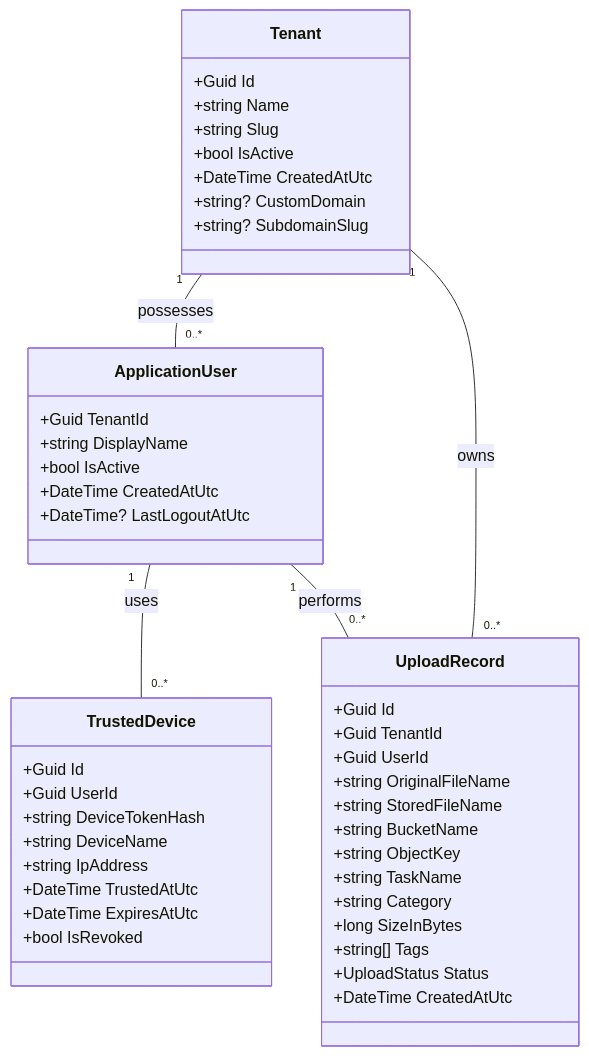
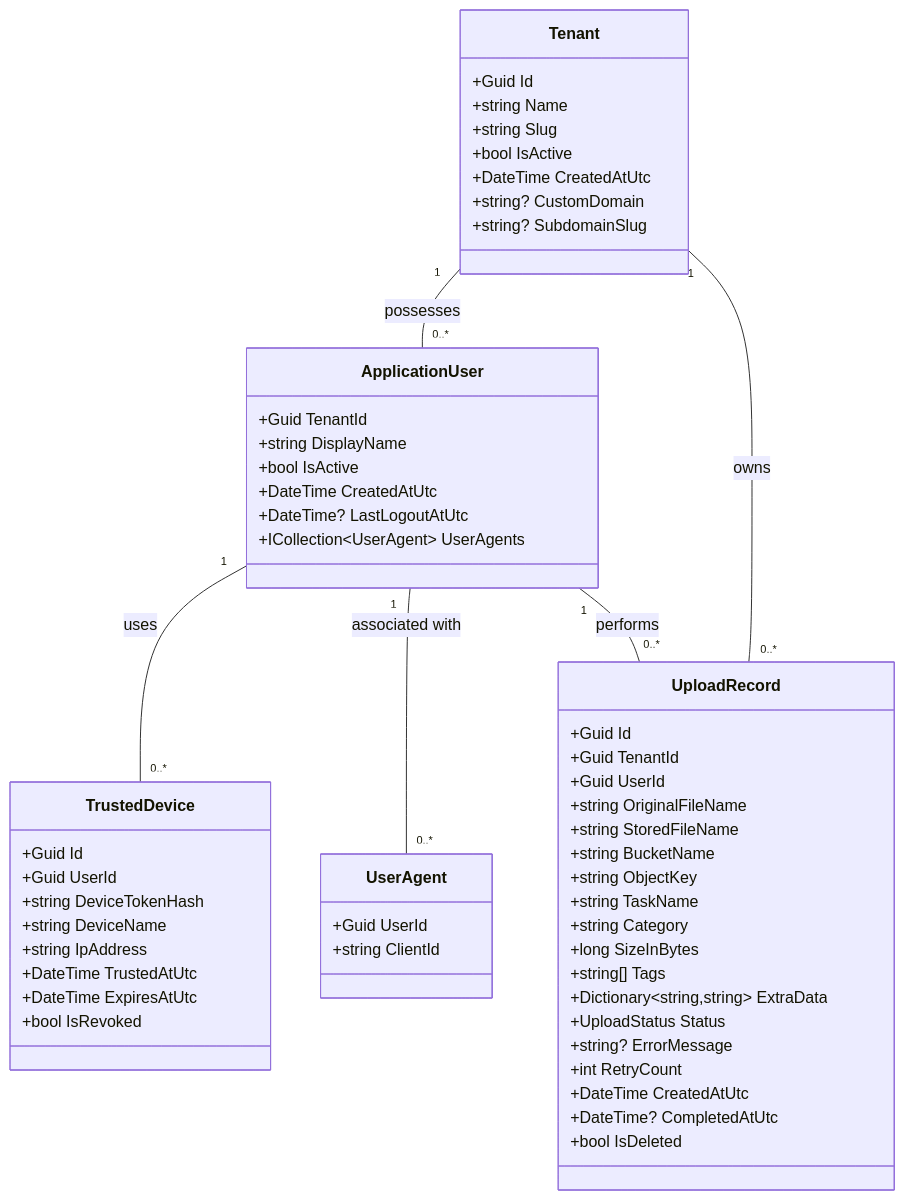
The diagram in docs/classdiagram.md (questflag/qf-apps), drawn with Mermaid before and after one commit. The commit also changed other lines of this file and 9 other files, not shown here.

````diff
--- a/docs/classdiagram.md
+++ b/docs/classdiagram.md
@@ -5,52 +5,64 @@
 ```mermaid
 classDiagram
     class Tenant {
         +Guid Id
         +string Name
         +string Slug
         +bool IsActive
         +DateTime CreatedAtUtc
         +string? CustomDomain
         +string? SubdomainSlug
     }
 
     class ApplicationUser {
         +Guid TenantId
         +string DisplayName
         +bool IsActive
         +DateTime CreatedAtUtc
         +DateTime? LastLogoutAtUtc
+        +ICollection~UserAgent~ UserAgents
     }
 
     class TrustedDevice {
         +Guid Id
         +Guid UserId
         +string DeviceTokenHash
         +string DeviceName
         +string IpAddress
         +DateTime TrustedAtUtc
         +DateTime ExpiresAtUtc
         +bool IsRevoked
+    }
+
+    class UserAgent {
+        +Guid UserId
+        +string ClientId
     }
 
     class UploadRecord {
         +Guid Id
         +Guid TenantId
         +Guid UserId
         +string OriginalFileName
         +string StoredFileName
         +string BucketName
         +string ObjectKey
         +string TaskName
         +string Category
         +long SizeInBytes
         +string[] Tags
+        +Dictionary~string,string~ ExtraData
         +UploadStatus Status
+        +string? ErrorMessage
+        +int RetryCount
         +DateTime CreatedAtUtc
+        +DateTime? CompletedAtUtc
+        +bool IsDeleted
     }
 
     Tenant "1" -- "0..*" ApplicationUser : possesses
     ApplicationUser "1" -- "0..*" TrustedDevice : uses
+    ApplicationUser "1" -- "0..*" UserAgent : associated with
     Tenant "1" -- "0..*" UploadRecord : owns
     ApplicationUser "1" -- "0..*" UploadRecord : performs
 ```
````
